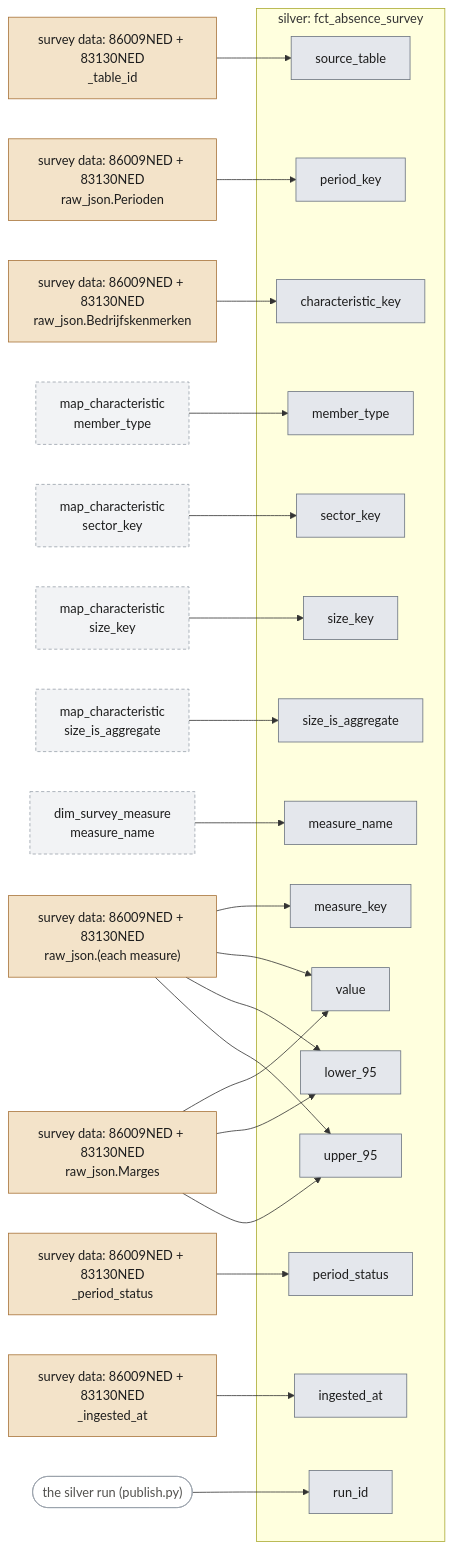
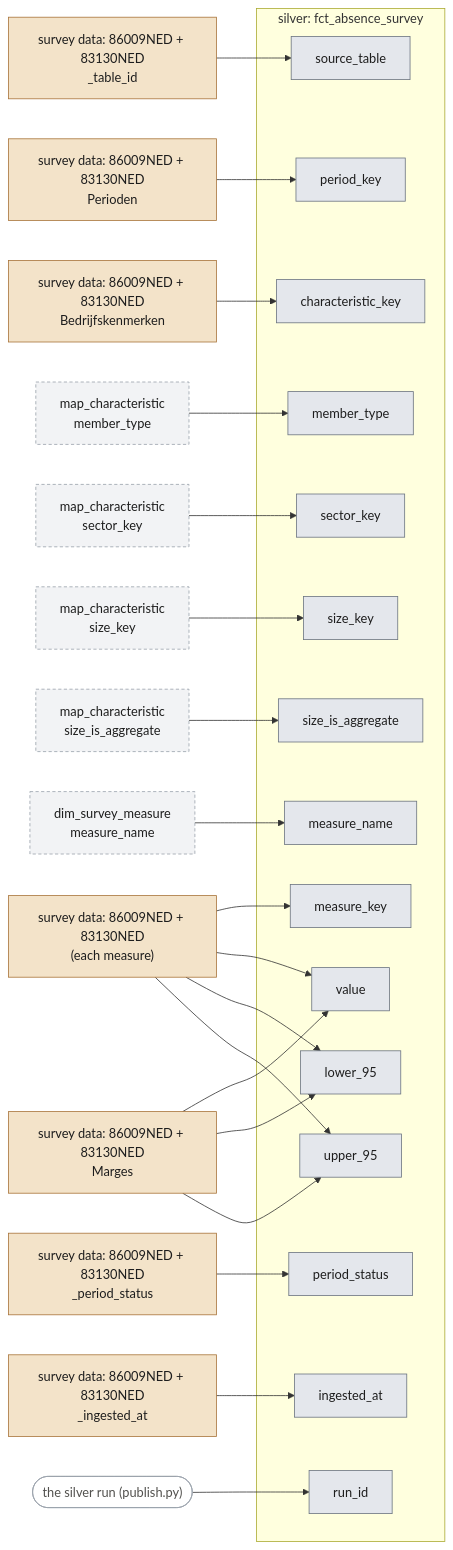
The tenth of 13 diagrams in docs/lineage.md (stefancodecommit/AOV_Lakehouse), drawn with Mermaid before and after one commit. The commit also changed other lines of this file and 12 other files, not shown here.

First line of the commit message:
Structured CBS bronze: a column per field next to raw_json

````diff
--- a/docs/lineage.md
+++ b/docs/lineage.md
@@ -504,55 +504,55 @@
 ```mermaid
 flowchart LR
+  n_src_83130ned_typeddataset_86009ned_typeddataset_Bedrijfskenmerken["survey data: 86009NED + 83130NED<br/>Bedrijfskenmerken"]:::bronze
+  n_src_83130ned_typeddataset_86009ned_typeddataset_Marges["survey data: 86009NED + 83130NED<br/>Marges"]:::bronze
+  n_src_83130ned_typeddataset_86009ned_typeddataset_Perioden["survey data: 86009NED + 83130NED<br/>Perioden"]:::bronze
   n_src_83130ned_typeddataset_86009ned_typeddataset__ingested_at["survey data: 86009NED + 83130NED<br/>_ingested_at"]:::bronze
+  n_src_83130ned_typeddataset_86009ned_typeddataset__measure_["survey data: 86009NED + 83130NED<br/>(each measure)"]:::bronze
   n_src_83130ned_typeddataset_86009ned_typeddataset__period_status["survey data: 86009NED + 83130NED<br/>_period_status"]:::bronze
   n_src_83130ned_typeddataset_86009ned_typeddataset__table_id["survey data: 86009NED + 83130NED<br/>_table_id"]:::bronze
-  n_src_83130ned_typeddataset_86009ned_typeddataset_raw_json_Bedrijfskenmerken["survey data: 86009NED + 83130NED<br/>raw_json.Bedrijfskenmerken"]:::bronze
-  n_src_83130ned_typeddataset_86009ned_typeddataset_raw_json_Marges["survey data: 86009NED + 83130NED<br/>raw_json.Marges"]:::bronze
-  n_src_83130ned_typeddataset_86009ned_typeddataset_raw_json_Perioden["survey data: 86009NED + 83130NED<br/>raw_json.Perioden"]:::bronze
-  n_src_83130ned_typeddataset_86009ned_typeddataset_raw_json__measure_["survey data: 86009NED + 83130NED<br/>raw_json.(each measure)"]:::bronze
   n_src_silver_dim_survey_measure_measure_name["dim_survey_measure<br/>measure_name"]:::silverref
   n_src_silver_map_characteristic_member_type["map_characteristic<br/>member_type"]:::silverref
   n_src_silver_map_characteristic_sector_key["map_characteristic<br/>sector_key"]:::silverref
   n_src_silver_map_characteristic_size_is_aggregate["map_characteristic<br/>size_is_aggregate"]:::silverref
   n_src_silver_map_characteristic_size_key["map_characteristic<br/>size_key"]:::silverref
   run(["the silver run (publish.py)"]):::run
   subgraph n_tbl_fct_absence_survey["silver: fct_absence_survey"]
     n_col_source_table["source_table"]:::silver
     n_col_period_key["period_key"]:::silver
     n_col_characteristic_key["characteristic_key"]:::silver
     n_col_member_type["member_type"]:::silver
     n_col_sector_key["sector_key"]:::silver
     n_col_size_key["size_key"]:::silver
     n_col_size_is_aggregate["size_is_aggregate"]:::silver
     n_col_measure_key["measure_key"]:::silver
     n_col_measure_name["measure_name"]:::silver
     n_col_value["value"]:::silver
     n_col_lower_95["lower_95"]:::silver
     n_col_upper_95["upper_95"]:::silver
     n_col_period_status["period_status"]:::silver
     n_col_ingested_at["ingested_at"]:::silver
     n_col_run_id["run_id"]:::silver
   end
   n_src_83130ned_typeddataset_86009ned_typeddataset__table_id --> n_col_source_table
-  n_src_83130ned_typeddataset_86009ned_typeddataset_raw_json_Perioden --> n_col_period_key
-  n_src_83130ned_typeddataset_86009ned_typeddataset_raw_json_Bedrijfskenmerken --> n_col_characteristic_key
+  n_src_83130ned_typeddataset_86009ned_typeddataset_Perioden --> n_col_period_key
+  n_src_83130ned_typeddataset_86009ned_typeddataset_Bedrijfskenmerken --> n_col_characteristic_key
   n_src_silver_map_characteristic_member_type --> n_col_member_type
   n_src_silver_map_characteristic_sector_key --> n_col_sector_key
   n_src_silver_map_characteristic_size_key --> n_col_size_key
   n_src_silver_map_characteristic_size_is_aggregate --> n_col_size_is_aggregate
-  n_src_83130ned_typeddataset_86009ned_typeddataset_raw_json__measure_ --> n_col_measure_key
+  n_src_83130ned_typeddataset_86009ned_typeddataset__measure_ --> n_col_measure_key
   n_src_silver_dim_survey_measure_measure_name --> n_col_measure_name
-  n_src_83130ned_typeddataset_86009ned_typeddataset_raw_json__measure_ --> n_col_value
-  n_src_83130ned_typeddataset_86009ned_typeddataset_raw_json_Marges --> n_col_value
-  n_src_83130ned_typeddataset_86009ned_typeddataset_raw_json__measure_ --> n_col_lower_95
-  n_src_83130ned_typeddataset_86009ned_typeddataset_raw_json_Marges --> n_col_lower_95
-  n_src_83130ned_typeddataset_86009ned_typeddataset_raw_json__measure_ --> n_col_upper_95
-  n_src_83130ned_typeddataset_86009ned_typeddataset_raw_json_Marges --> n_col_upper_95
+  n_src_83130ned_typeddataset_86009ned_typeddataset__measure_ --> n_col_value
+  n_src_83130ned_typeddataset_86009ned_typeddataset_Marges --> n_col_value
+  n_src_83130ned_typeddataset_86009ned_typeddataset__measure_ --> n_col_lower_95
+  n_src_83130ned_typeddataset_86009ned_typeddataset_Marges --> n_col_lower_95
+  n_src_83130ned_typeddataset_86009ned_typeddataset__measure_ --> n_col_upper_95
+  n_src_83130ned_typeddataset_86009ned_typeddataset_Marges --> n_col_upper_95
   n_src_83130ned_typeddataset_86009ned_typeddataset__period_status --> n_col_period_status
   n_src_83130ned_typeddataset_86009ned_typeddataset__ingested_at --> n_col_ingested_at
   run --> n_col_run_id
   classDef bronze fill:#f3e3c9,stroke:#a8743a,color:#1d1d1d
   classDef silver fill:#e4e7ec,stroke:#6b7480,color:#1d1d1d
   classDef silverref fill:#f2f3f5,stroke:#9aa1ab,stroke-dasharray:4 3,color:#1d1d1d
   classDef run fill:#ffffff,stroke:#9aa1ab,color:#52514e
 ```
````
